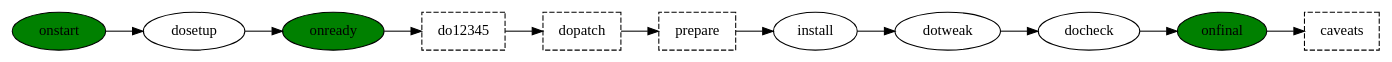
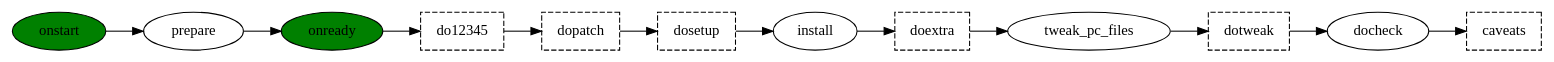
One commit to leleliu008/xcpkg changed the diagram in phases.dot. Above: the diagram before and after it, drawn with Graphviz. The commit also changed 3 other files, not shown here.

```diff
--- a/phases.dot
+++ b/phases.dot
@@ -1,14 +1,15 @@
 digraph {
     rankdir="LR"
 
-    onstart -> dosetup -> onready -> do12345 -> dopatch -> prepare -> install -> dotweak -> docheck -> onfinal -> caveats
+    onstart -> prepare -> onready -> do12345 -> dopatch -> dosetup -> install -> doextra -> tweak_pc_files -> dotweak -> docheck -> caveats
 
     onstart [fillcolor="green";style=filled]
     onready [fillcolor="green";style=filled]
-    onfinal [fillcolor="green";style=filled]
 
     do12345 [shape="box"; style="dashed"];
     dopatch [shape="box"; style="dashed"];
-    prepare [shape="box"; style="dashed"];
+    dosetup [shape="box"; style="dashed"];
+    doextra [shape="box"; style="dashed"];
+    dotweak [shape="box"; style="dashed"];
     caveats [shape="box"; style="dashed"];
 }
```
